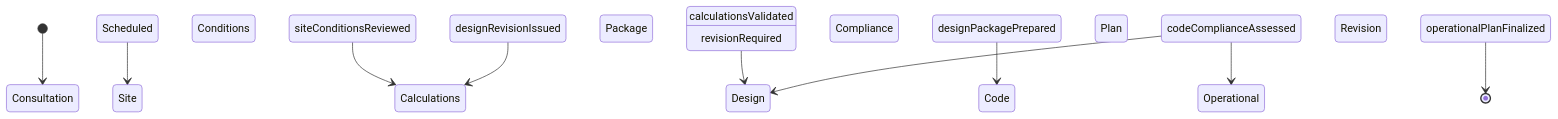
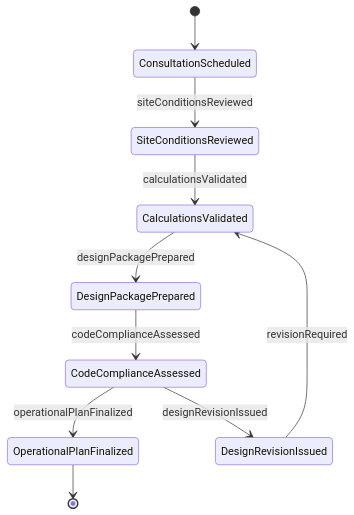
One commit to dot-org-ai/tasks.org.ai changed the second of 4 diagrams in CommunicatingWithSupervisorsPeersOrSubordinates/CommunicateWithOthersAboutSpecificationsOrProjectDetails/ConferTechnicalPersonnelPrepareDesigns.mdx. Above: the diagram before and after it, drawn with Mermaid. The commit also changed 515 other files, not shown here.

````diff
--- a/CommunicatingWithSupervisorsPeersOrSubordinates/CommunicateWithOthersAboutSpecificationsOrProjectDetails/ConferTechnicalPersonnelPrepareDesigns.mdx
+++ b/CommunicatingWithSupervisorsPeersOrSubordinates/CommunicateWithOthersAboutSpecificationsOrProjectDetails/ConferTechnicalPersonnelPrepareDesigns.mdx
@@ -98,12 +98,12 @@
 ```mermaid
 stateDiagram-v2
-    [*] --> Consultation Scheduled
-    Consultation Scheduled --> Site Conditions Reviewed : siteConditionsReviewed
-    Site Conditions Reviewed --> Calculations Validated : calculationsValidated
-    Calculations Validated --> Design Package Prepared : designPackagePrepared
-    Design Package Prepared --> Code Compliance Assessed : codeComplianceAssessed
-    Code Compliance Assessed --> Operational Plan Finalized : operationalPlanFinalized
-    Code Compliance Assessed --> Design Revision Issued : designRevisionIssued
-    Design Revision Issued --> Calculations Validated : revisionRequired
-    Operational Plan Finalized --> [*]
+    [*] --> ConsultationScheduled
+    ConsultationScheduled --> SiteConditionsReviewed : siteConditionsReviewed
+    SiteConditionsReviewed --> CalculationsValidated : calculationsValidated
+    CalculationsValidated --> DesignPackagePrepared : designPackagePrepared
+    DesignPackagePrepared --> CodeComplianceAssessed : codeComplianceAssessed
+    CodeComplianceAssessed --> OperationalPlanFinalized : operationalPlanFinalized
+    CodeComplianceAssessed --> DesignRevisionIssued : designRevisionIssued
+    DesignRevisionIssued --> CalculationsValidated : revisionRequired
+    OperationalPlanFinalized --> [*]
 ```
````
